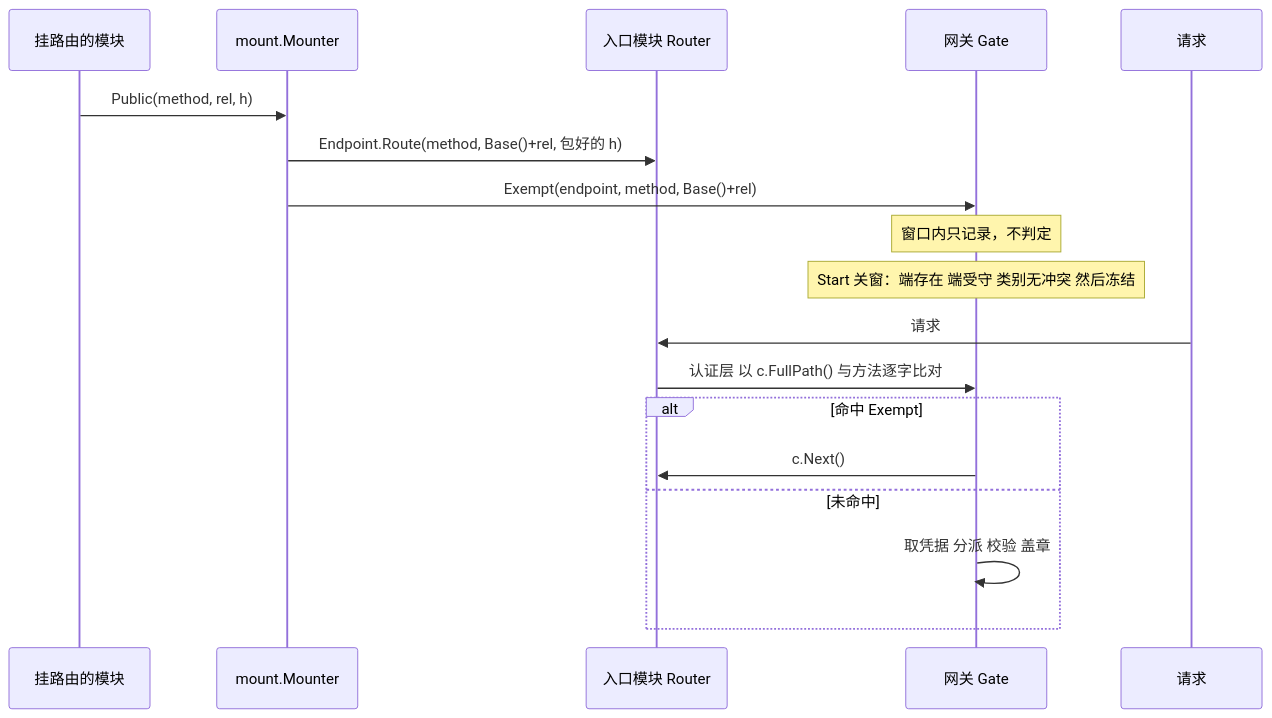
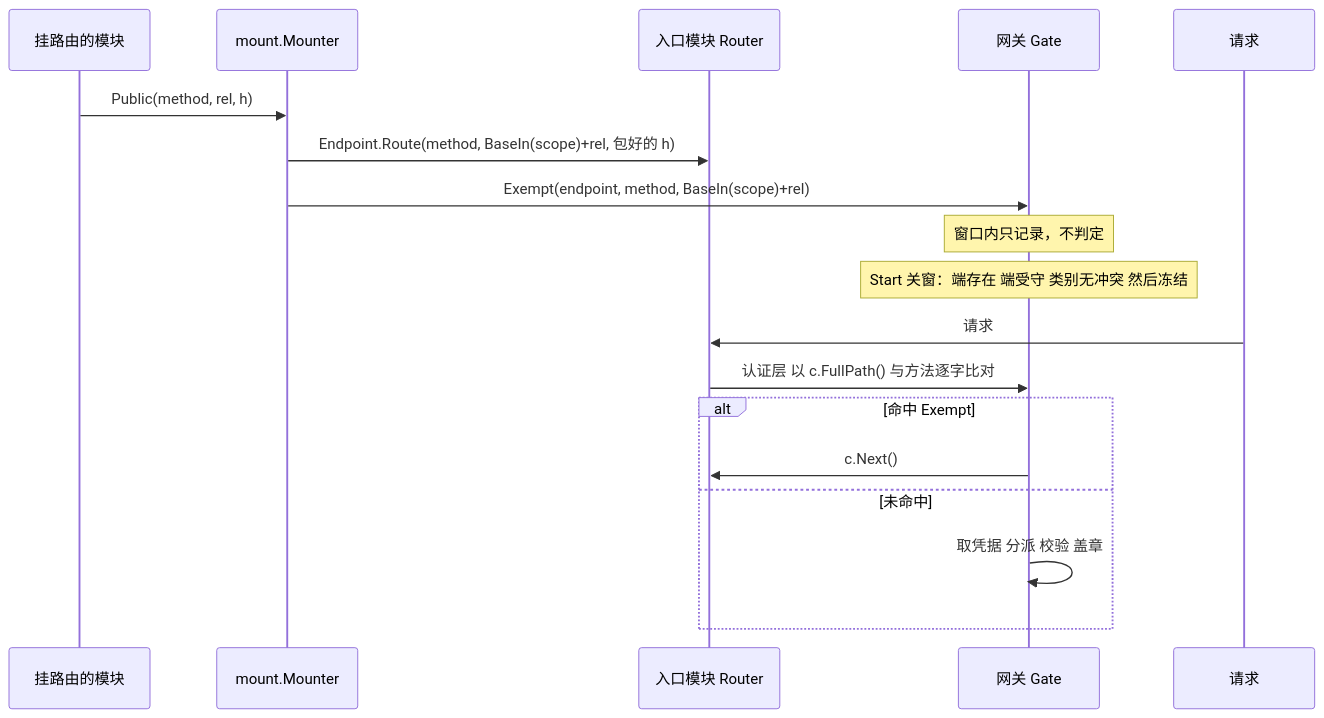
Before and after one commit to wangzw/speed: the third of 3 diagrams in docs/design/modules/authn/design-authn-gate.md, drawn with Mermaid. The commit also changed other lines of this file and 195 other files, not shown here.

````diff
--- a/docs/design/modules/authn/design-authn-gate.md
+++ b/docs/design/modules/authn/design-authn-gate.md
@@ -365,21 +365,21 @@
 ```mermaid
 sequenceDiagram
     participant M as 挂路由的模块
     participant U as mount.Mounter
     participant R as 入口模块 Router
     participant G as 网关 Gate
     participant Q as 请求
 
     M->>U: Public(method, rel, h)
-    U->>R: Endpoint.Route(method, Base()+rel, 包好的 h)
-    U->>G: Exempt(endpoint, method, Base()+rel)
+    U->>R: Endpoint.Route(method, BaseIn(scope)+rel, 包好的 h)
+    U->>G: Exempt(endpoint, method, BaseIn(scope)+rel)
     Note over G: 窗口内只记录，不判定
     Note over G: Start 关窗：端存在 端受守 类别无冲突 然后冻结
     Q->>R: 请求
     R->>G: 认证层 以 c.FullPath() 与方法逐字比对
     alt 命中 Exempt
         G->>R: c.Next()
     else 未命中
         G->>G: 取凭据 分派 校验 盖章
     end
 ```
````
